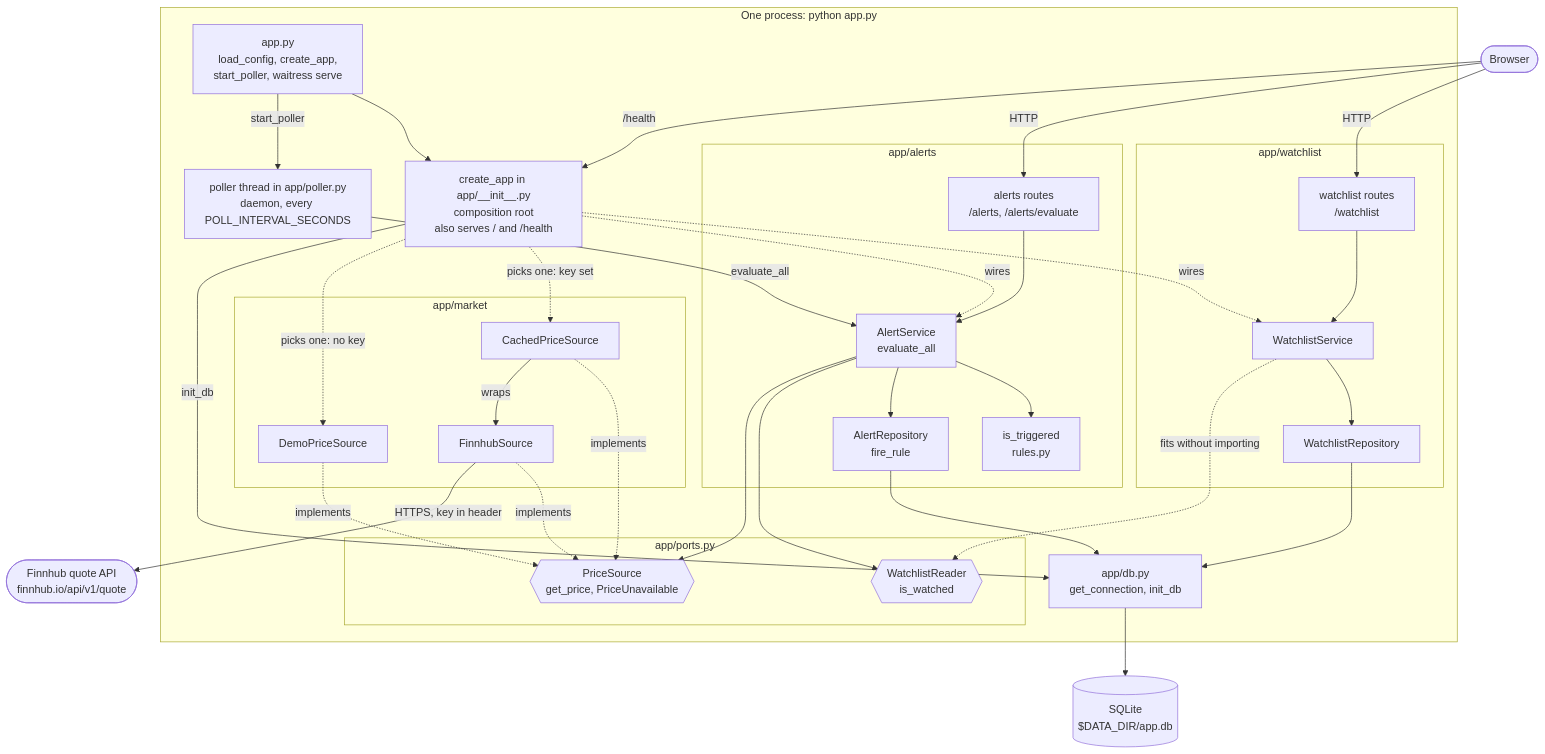
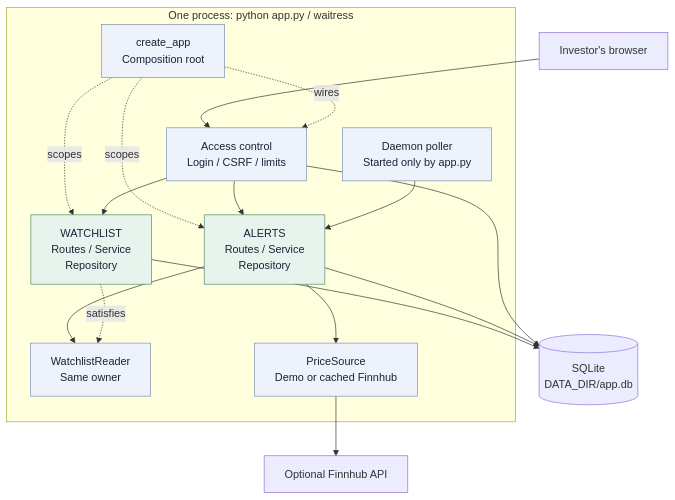
One commit to issamarida/devops-a1-issamarida changed the diagram in docs/diagrams/architecture.mmd. Above: the diagram before and after it, drawn with Mermaid. The commit also changed 7 other files, not shown here.

```diff
--- a/docs/diagrams/architecture.mmd
+++ b/docs/diagrams/architecture.mmd
@@ -1,66 +1,31 @@
 flowchart TB
-    browser([Browser])
-    finnhubApi([Finnhub quote API<br/>finnhub.io/api/v1/quote])
-
-    subgraph proc["One process: python app.py"]
-        appPy["app.py<br/>load_config, create_app,<br/>start_poller, waitress serve"]
-        createApp["create_app in app/__init__.py<br/>composition root<br/>also serves / and /health"]
-        poller["poller thread in app/poller.py<br/>daemon, every POLL_INTERVAL_SECONDS"]
-
-        subgraph watchlist["app/watchlist"]
-            wRoutes["watchlist routes<br/>/watchlist"]
-            wService["WatchlistService"]
-            wRepo["WatchlistRepository"]
-        end
-
-        subgraph alerts["app/alerts"]
-            aRoutes["alerts routes<br/>/alerts, /alerts/evaluate"]
-            aService["AlertService<br/>evaluate_all"]
-            rules["is_triggered<br/>rules.py"]
-            aRepo["AlertRepository<br/>fire_rule"]
-        end
-
-        subgraph ports["app/ports.py"]
-            wReader{{"WatchlistReader<br/>is_watched"}}
-            priceSource{{"PriceSource<br/>get_price, PriceUnavailable"}}
-        end
-
-        subgraph market["app/market"]
-            cached["CachedPriceSource"]
-            finnhub["FinnhubSource"]
-            demo["DemoPriceSource"]
-        end
-
-        db["app/db.py<br/>get_connection, init_db"]
+    browser["Investor's browser"]
+    subgraph process["One process: python app.py / waitress"]
+        root["create_app<br/>Composition root"]
+        access["Access control<br/>Login / CSRF / limits"]
+        watch["WATCHLIST<br/>Routes / Service<br/>Repository"]
+        alert["ALERTS<br/>Routes / Service<br/>Repository"]
+        reader["WatchlistReader<br/>Same owner"]
+        price["PriceSource<br/>Demo or cached Finnhub"]
+        poller["Daemon poller<br/>Started only by app.py"]
     end
-
-    sqlite[("SQLite<br/>$DATA_DIR/app.db")]
-
-    browser -- HTTP --> wRoutes
-    browser -- HTTP --> aRoutes
-    browser -- "/health" --> createApp
-
-    appPy --> createApp
-    appPy -- start_poller --> poller
-    poller -- evaluate_all --> aService
-
-    createApp -. wires .-> wService
-    createApp -. wires .-> aService
-    createApp -. "picks one: key set" .-> cached
-    createApp -. "picks one: no key" .-> demo
-    createApp -- init_db --> db
-
-    wRoutes --> wService --> wRepo --> db
-    aRoutes --> aService
-    aService --> rules
-    aService --> aRepo --> db
-    db --> sqlite
-
-    aService --> wReader
-    aService --> priceSource
-    wService -. "fits without importing" .-> wReader
-    cached -. implements .-> priceSource
-    finnhub -. implements .-> priceSource
-    demo -. implements .-> priceSource
-    cached -- wraps --> finnhub
-    finnhub -- "HTTPS, key in header" --> finnhubApi
+    db[("SQLite<br/>DATA_DIR/app.db")]
+    api["Optional Finnhub API"]
+    browser --> access
+    root -. wires .-> access
+    root -. scopes .-> watch
+    root -. scopes .-> alert
+    access --> watch
+    access --> alert
+    poller --> alert
+    alert --> reader
+    watch -. satisfies .-> reader
+    alert --> price
+    price --> api
+    watch --> db
+    alert --> db
+    access --> db
+    classDef support fill:#eef2fa,stroke:#7b90b3,color:#182337
+    classDef feature fill:#e9f3ee,stroke:#4c8c6b,color:#182337
+    class root,access,reader,poller,price support
+    class watch,alert feature
```
